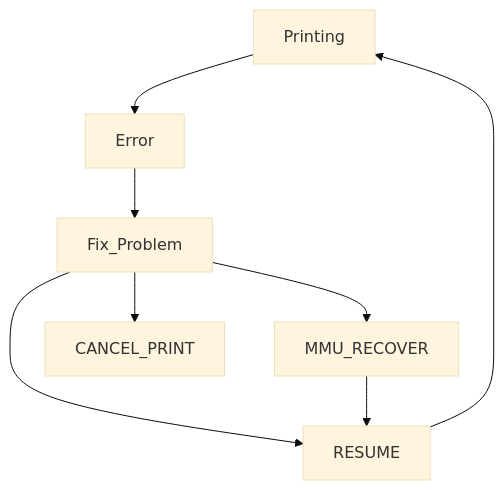
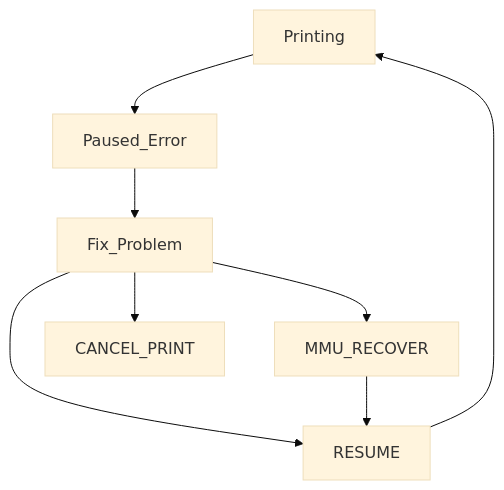
Before and after one commit to moggieuk/Happy-Hare: the diagram in README.md, drawn with Mermaid (base theme).

````diff
--- a/README.md
+++ b/README.md
@@ -377,10 +377,10 @@
 ```mermaid
 graph TD;
-    Printing --> Error
-    Error --> Fix_Problem
+    Printing --> Paused_Error
+    Paused_Error --> Fix_Problem
     Fix_Problem --> RESUME
     Fix_Problem --> MMU_RECOVER
     Fix_Problem --> CANCEL_PRINT
     MMU_RECOVER --> RESUME
     RESUME --> Printing
 ```
````
